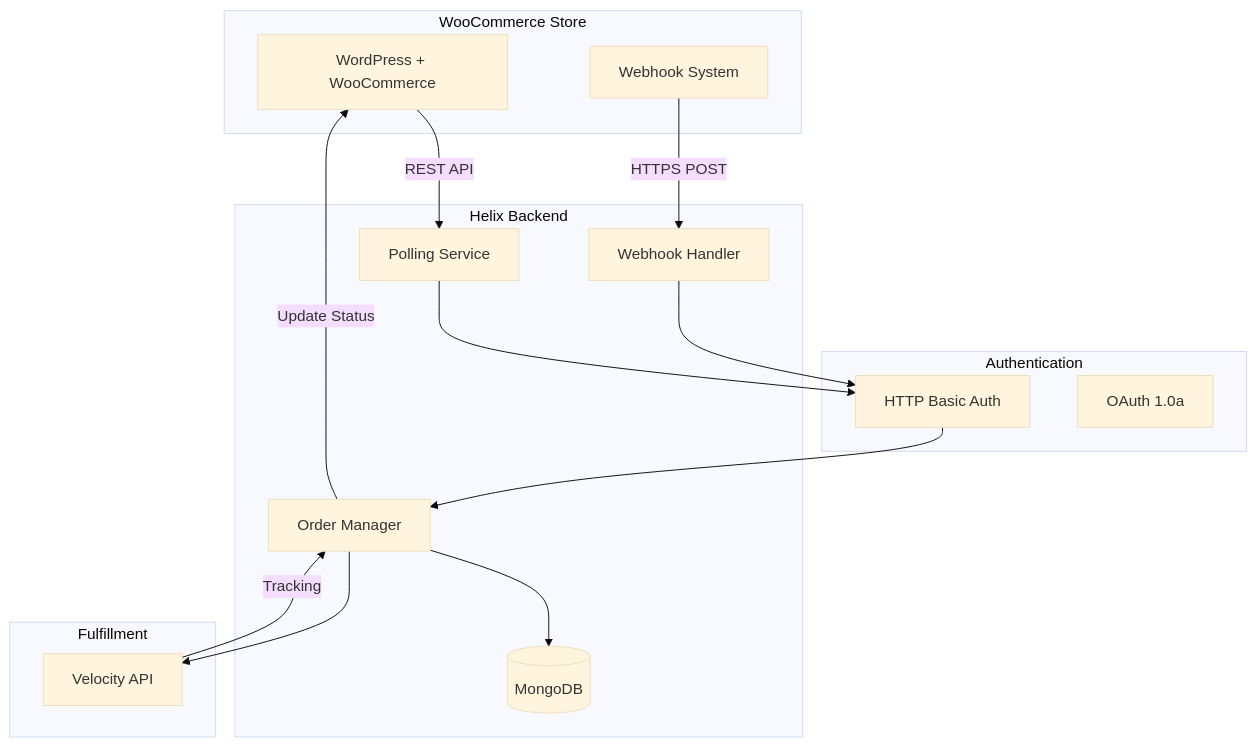
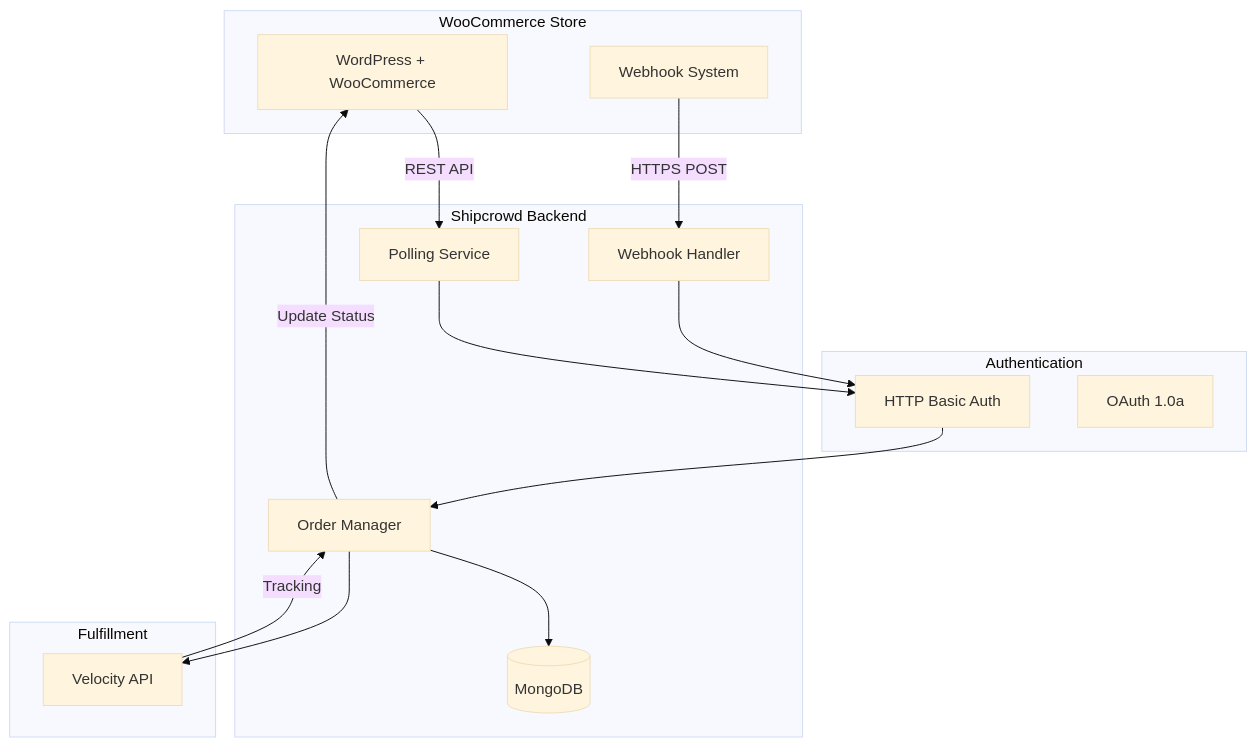
Before and after one commit to dhirajgiri3/Shipcrowd: the diagram in docs/Development/Domains/Integrations/Ecommerce/WooCommerce_APIs.md, drawn with Mermaid (base theme). The commit also changed other lines of this file and 282 other files, not shown here.

````diff
--- a/docs/Development/Domains/Integrations/Ecommerce/WooCommerce_APIs.md
+++ b/docs/Development/Domains/Integrations/Ecommerce/WooCommerce_APIs.md
@@ -40,33 +40,33 @@
 ```mermaid
 graph TD
     subgraph WooCommerce ["WooCommerce Store"]
         WP[WordPress + WooCommerce]
         WH[Webhook System]
     end
 
     subgraph Auth ["Authentication"]
         BA[HTTP Basic Auth]
         OA[OAuth 1.0a]
     end
 
-    subgraph Helix ["Helix Backend"]
+    subgraph Shipcrowd ["Shipcrowd Backend"]
         P[Polling Service]
         NH[Webhook Handler]
         OM[Order Manager]
         DB[(MongoDB)]
     end
 
     subgraph Logistics ["Fulfillment"]
         V[Velocity API]
     end
 
     WP -->|REST API| P
     WH -->|HTTPS POST| NH
     P --> BA
     NH --> BA
     BA --> OM
     OM --> DB
     OM --> V
     V -->|Tracking| OM
     OM -->|Update Status| WP
 ```
````
